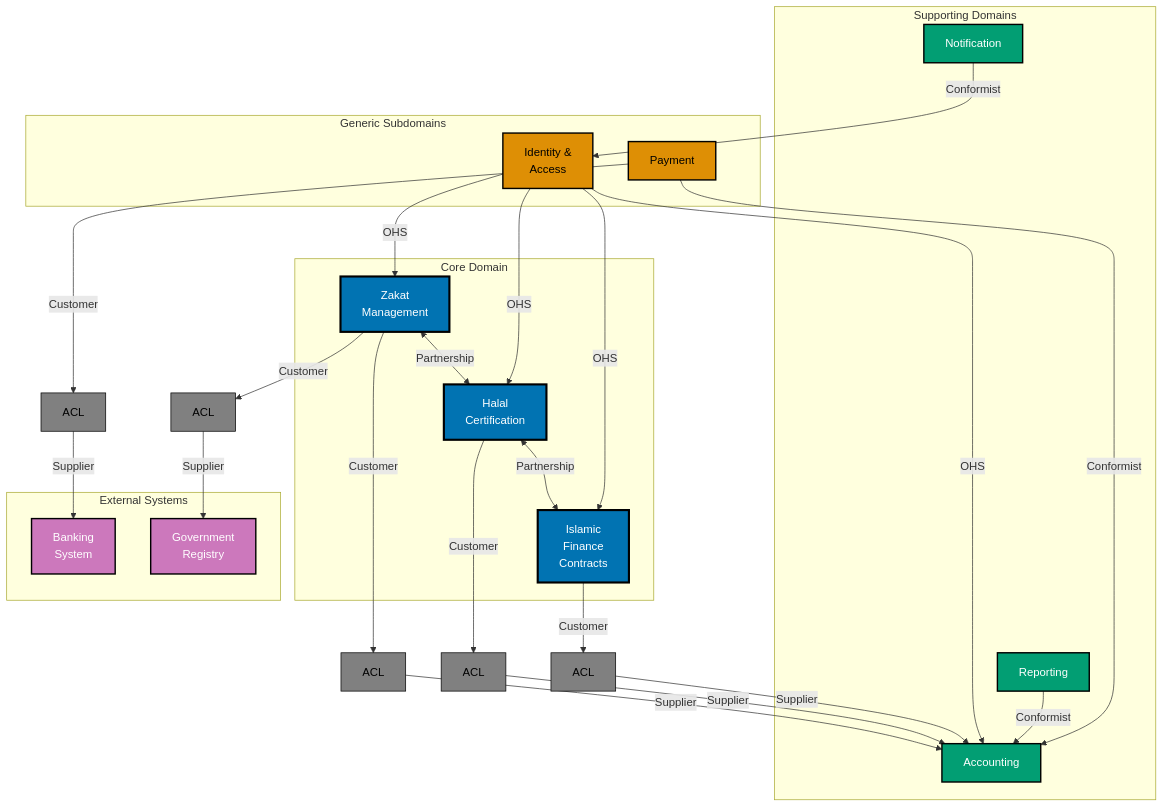
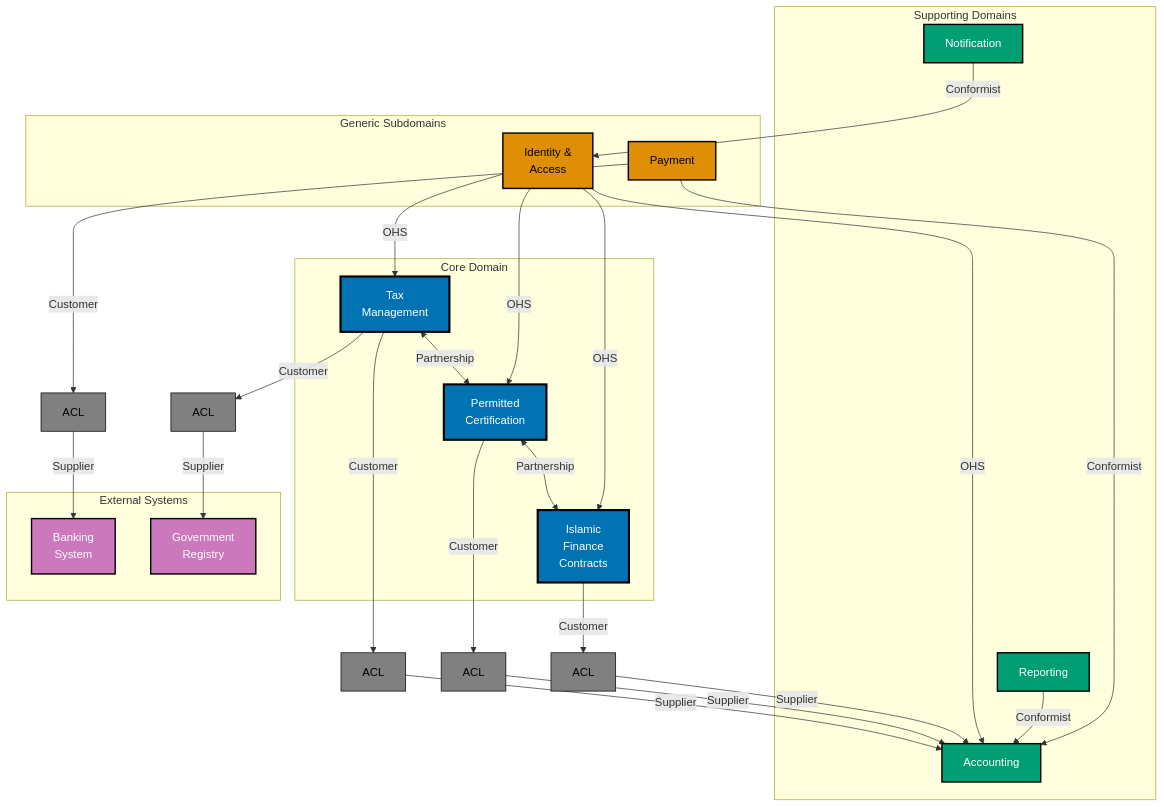
One commit to wahidyankf/open-sharia-enterprise changed diagram 12 of 12 in docs/explanation/software/architecture/domain-driven-design-ddd/templates/ex-so-ar-dodrdedd-te__context-map-diagram.md. Above: the diagram before and after it, drawn with Mermaid. The commit also changed other lines of this file and 94 other files, not shown here.

````diff
--- a/docs/explanation/software/architecture/domain-driven-design-ddd/templates/ex-so-ar-dodrdedd-te__context-map-diagram.md
+++ b/docs/explanation/software/architecture/domain-driven-design-ddd/templates/ex-so-ar-dodrdedd-te__context-map-diagram.md
@@ -486,73 +486,73 @@
 ```mermaid
 graph TB
     subgraph "Core Domain"
-        ZM[Zakat<br/>Management]
-        HC[Halal<br/>Certification]
+        ZM[Tax<br/>Management]
+        HC[Permitted<br/>Certification]
         IF[Islamic<br/>Finance<br/>Contracts]
     end
 
     subgraph "Supporting Domains"
         AC[Accounting]
         NF[Notification]
         RP[Reporting]
     end
 
     subgraph "Generic Subdomains"
         IAM[Identity &<br/>Access]
         PM[Payment]
     end
 
     subgraph "External Systems"
         BANK[Banking<br/>System]
         GOV[Government<br/>Registry]
     end
 
     %% Core domain partnerships
     ZM <-->|Partnership| HC
     HC <-->|Partnership| IF
 
     %% Core to Supporting - Customer-Supplier with ACL
     ZM -->|Customer| ACL1[ACL]
     ACL1 -->|Supplier| AC
 
     HC -->|Customer| ACL2[ACL]
     ACL2 -->|Supplier| AC
 
     IF -->|Customer| ACL3[ACL]
     ACL3 -->|Supplier| AC
 
     %% Generic subdomains - OHS
     IAM -->|OHS| ZM
     IAM -->|OHS| HC
     IAM -->|OHS| IF
     IAM -->|OHS| AC
 
     %% Supporting domains - Conformist
     NF -->|Conformist| IAM
     RP -->|Conformist| AC
 
     %% Payment - Multiple relationships
     PM -->|Customer| ACL4[ACL]
     ACL4 -->|Supplier| BANK
     PM -->|Conformist| AC
 
     %% External - ACL protection
     ZM -->|Customer| ACL5[ACL]
     ACL5 -->|Supplier| GOV
 
     style ZM fill:#0173B2,stroke:#000000,stroke-width:3px,color:#FFFFFF
     style HC fill:#0173B2,stroke:#000000,stroke-width:3px,color:#FFFFFF
     style IF fill:#0173B2,stroke:#000000,stroke-width:3px,color:#FFFFFF
     style AC fill:#029E73,stroke:#000000,stroke-width:2px,color:#FFFFFF
     style NF fill:#029E73,stroke:#000000,stroke-width:2px,color:#FFFFFF
     style RP fill:#029E73,stroke:#000000,stroke-width:2px,color:#FFFFFF
     style IAM fill:#DE8F05,stroke:#000000,stroke-width:2px,color:#000000
     style PM fill:#DE8F05,stroke:#000000,stroke-width:2px,color:#000000
     style BANK fill:#CC78BC,stroke:#000000,stroke-width:2px,color:#FFFFFF
     style GOV fill:#CC78BC,stroke:#000000,stroke-width:2px,color:#FFFFFF
     style ACL1 fill:#808080,stroke:#000000,stroke-width:1px,color:#000000
     style ACL2 fill:#808080,stroke:#000000,stroke-width:1px,color:#000000
     style ACL3 fill:#808080,stroke:#000000,stroke-width:1px,color:#000000
     style ACL4 fill:#808080,stroke:#000000,stroke-width:1px,color:#000000
     style ACL5 fill:#808080,stroke:#000000,stroke-width:1px,color:#000000
 ```
````
